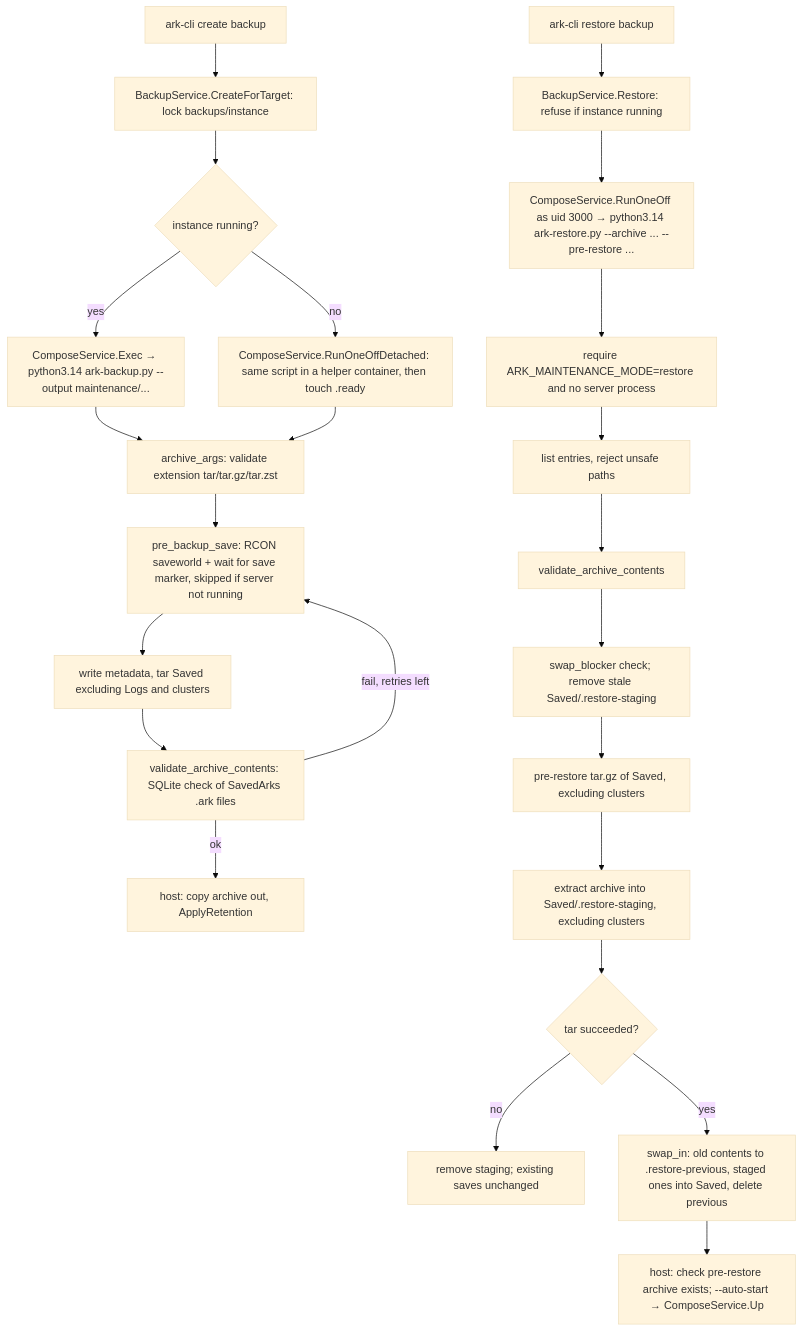
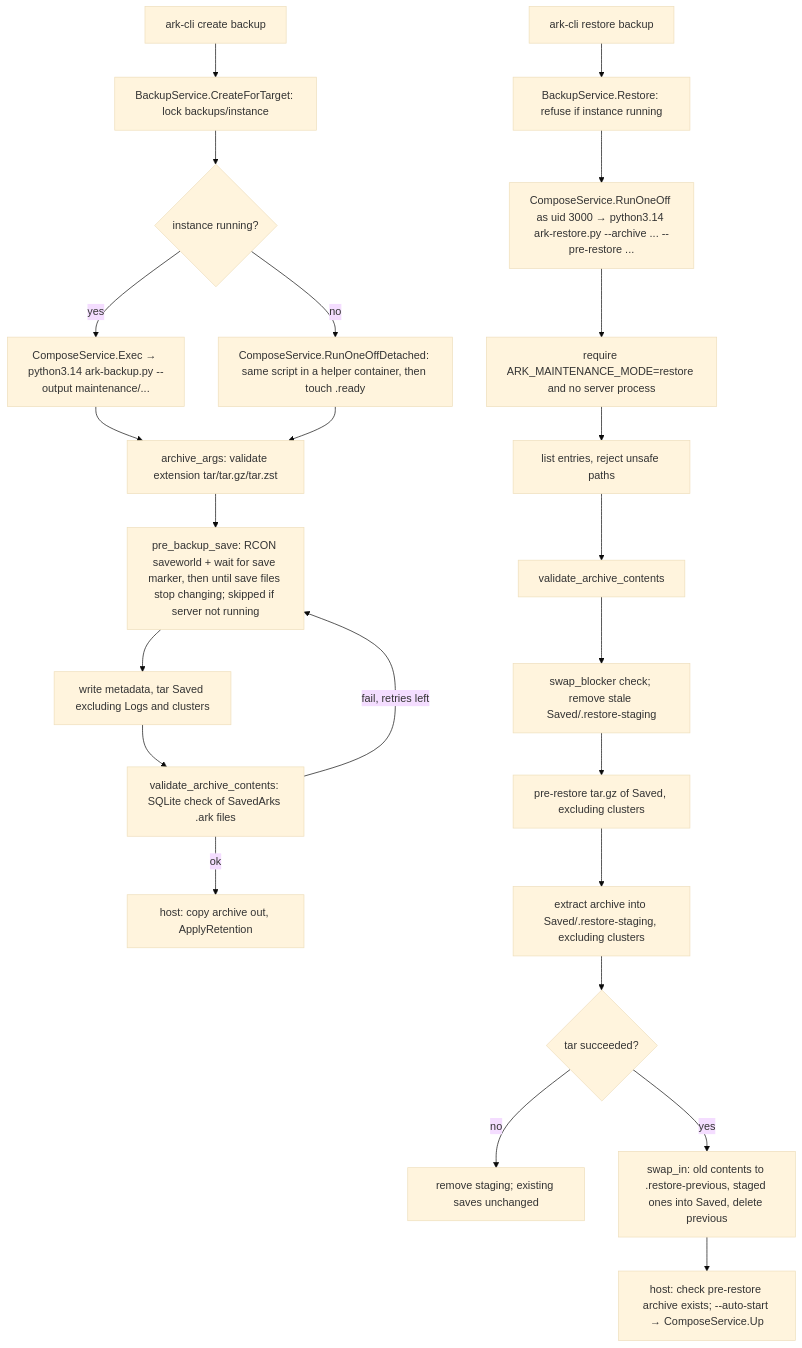
Before and after one commit to bryanwieg/arkascended-server: the third of 13 diagrams in docs/dev/reference/runtime-call-graph.md, drawn with Mermaid (base theme). The commit also changed 5 other files, not shown here.

First line of the commit message:
fix(backup): wait for save files to settle before archiving

````diff
--- a/docs/dev/reference/runtime-call-graph.md
+++ b/docs/dev/reference/runtime-call-graph.md
@@ -70,27 +70,27 @@
 ```mermaid
 flowchart TD
     A[ark-cli create backup] --> A1[BackupService.CreateForTarget: lock backups/instance]
     A1 --> A2{instance running?}
     A2 -->|"yes"| B[ComposeService.Exec → python3.14 ark-backup.py --output maintenance/...]
     A2 -->|"no"| B2[ComposeService.RunOneOffDetached: same script in a helper container, then touch .ready]
     B --> C[archive_args: validate extension tar/tar.gz/tar.zst]
     B2 --> C
-    C --> D[pre_backup_save: RCON saveworld + wait for save marker, skipped if server not running]
+    C --> D[pre_backup_save: RCON saveworld + wait for save marker, then until save files stop changing; skipped if server not running]
     D --> D1[write metadata, tar Saved excluding Logs and clusters]
     D1 --> D2[validate_archive_contents: SQLite check of SavedArks .ark files]
     D2 -->|"fail, retries left"| D
     D2 -->|"ok"| D3[host: copy archive out, ApplyRetention]
 
     E[ark-cli restore backup] --> E1[BackupService.Restore: refuse if instance running]
     E1 --> F[ComposeService.RunOneOff as uid 3000 → python3.14 ark-restore.py --archive ... --pre-restore ...]
     F --> F1[require ARK_MAINTENANCE_MODE=restore and no server process]
     F1 --> H[list entries, reject unsafe paths]
     H --> I[validate_archive_contents]
     I --> I1[swap_blocker check; remove stale Saved/.restore-staging]
     I1 --> J[pre-restore tar.gz of Saved, excluding clusters]
     J --> K[extract archive into Saved/.restore-staging, excluding clusters]
     K --> M{tar succeeded?}
     M -->|"no"| N[remove staging; existing saves unchanged]
     M -->|"yes"| L[swap_in: old contents to .restore-previous, staged ones into Saved, delete previous]
     L --> L1[host: check pre-restore archive exists; --auto-start → ComposeService.Up]
 ```
````
